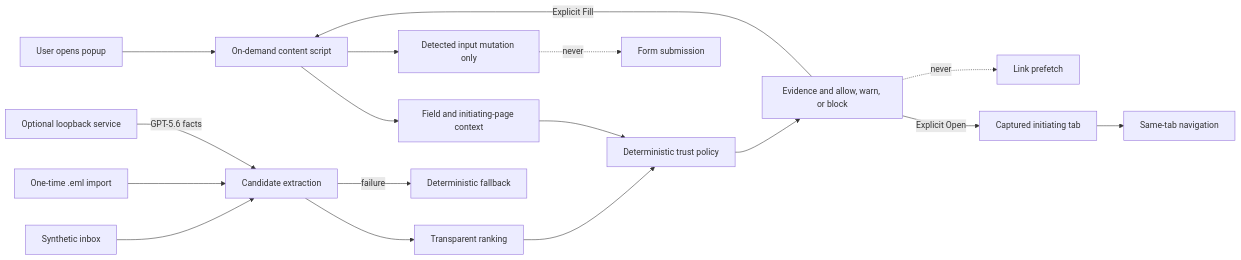
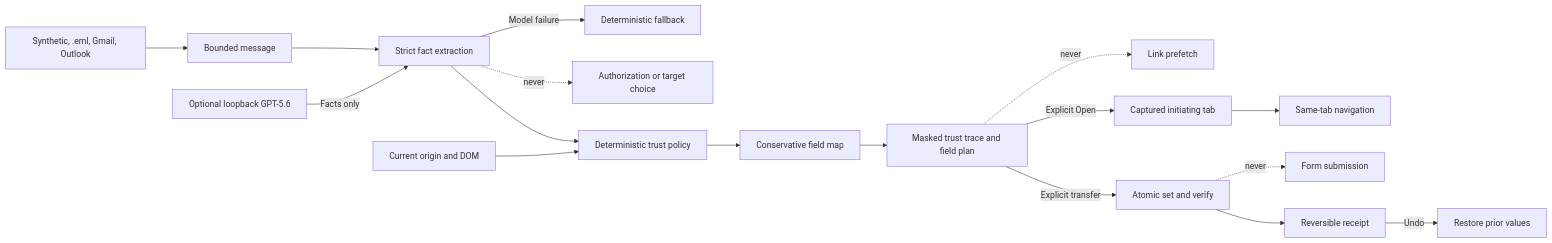
Before and after one commit to lzongren/contextfill: the diagram in README.md, drawn with Mermaid. The commit also changed other lines of this file and 29 other files, not shown here.

````diff
--- a/README.md
+++ b/README.md
@@ -51,19 +52,19 @@
 ```mermaid
 flowchart LR
-  U["User opens popup"] --> C["On-demand content script"]
-  C --> F["Field and initiating-page context"]
-  S["Synthetic inbox"] --> X["Candidate extraction"]
-  I["One-time .eml import"] --> X
-  X --> R["Transparent ranking"]
-  F --> P["Deterministic trust policy"]
-  R --> P
-  P --> UI["Evidence and allow, warn, or block"]
+  I["Synthetic, .eml, Gmail, Outlook"] --> S["Bounded message"]
+  S --> X["Strict fact extraction"]
+  C["Current origin and DOM"] --> P["Deterministic trust policy"]
+  X --> P
+  P --> M["Conservative field map"]
+  M --> UI["Masked trust trace and field plan"]
+  UI -->|"Explicit transfer"| A["Atomic set and verify"]
+  A --> R["Reversible receipt"]
+  R -->|"Undo"| U["Restore prior values"]
   UI -->|"Explicit Open"| T["Captured initiating tab"]
-  UI -->|"Explicit Fill"| C
-  C --> M["Detected input mutation only"]
   T --> O["Same-tab navigation"]
-  M -. "never" .-> N["Form submission"]
+  A -. "never" .-> N["Form submission"]
+  X -. "never" .-> Z["Authorization or target choice"]
   UI -. "never" .-> Q["Link prefetch"]
-  L["Optional loopback service"] -->|"GPT-5.6 facts"| X
-  X -->|"failure"| D["Deterministic fallback"]
+  L["Optional loopback GPT-5.6"] -->|"Facts only"| X
+  X -->|"Model failure"| D["Deterministic fallback"]
 ```
````
